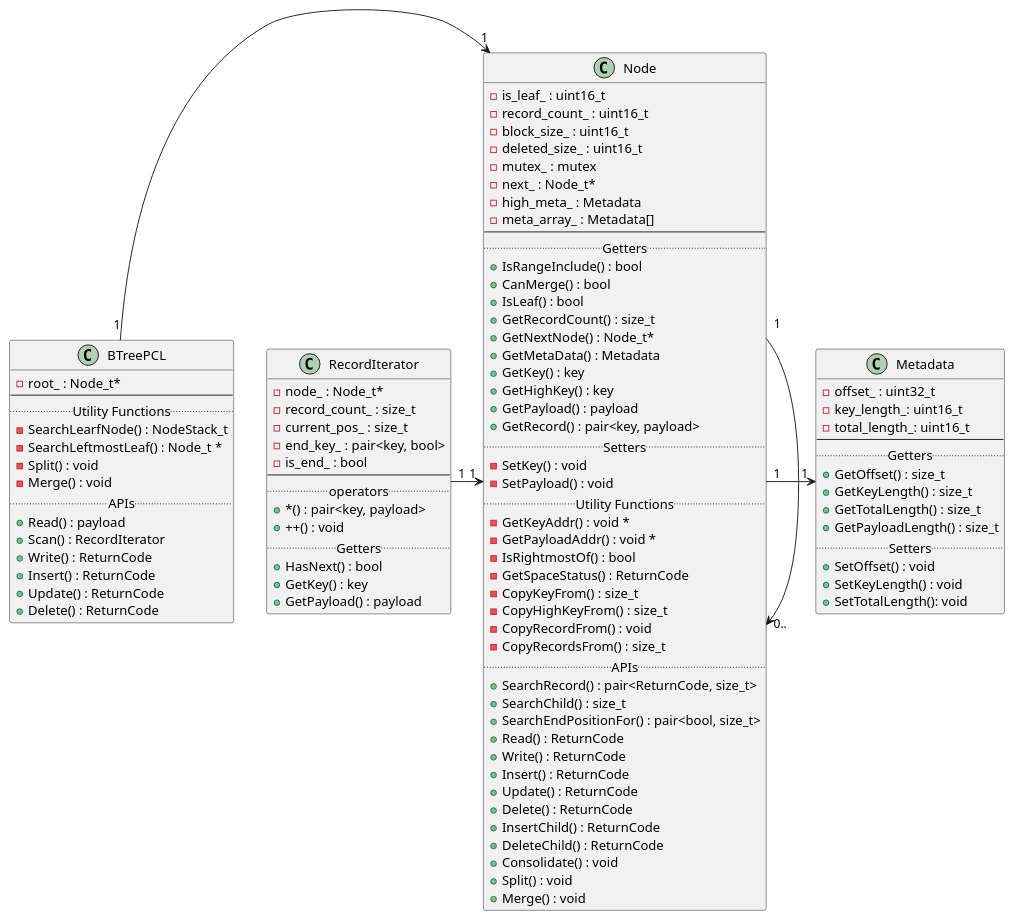
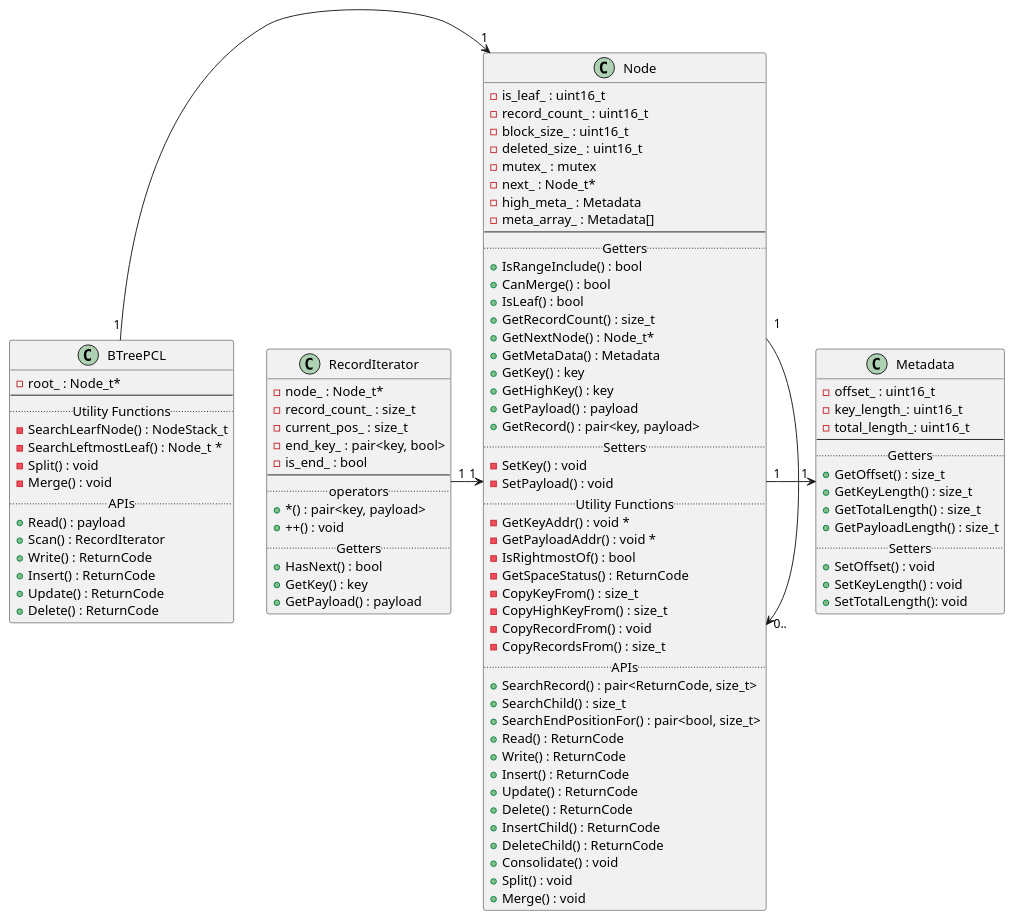
The diagram in design_doc/figures/src/b_tree_pcl_class.wsd (dbgroup-nagoya-u/b-tree), drawn with PlantUML before and after one commit.

Commit message:
modify uint32_t -> uint16_t

```diff
--- a/design_doc/figures/src/b_tree_pcl_class.wsd
+++ b/design_doc/figures/src/b_tree_pcl_class.wsd
@@ -1,106 +1,106 @@
 @startuml
 
 class BTreePCL{
   -root_ : Node_t*
 --
 .. Utility Functions ..
   -SearchLearfNode() : NodeStack_t
   -SearchLeftmostLeaf() : Node_t *
   -Split() : void
   -Merge() : void
 .. APIs ..
   +Read() : payload
   +Scan() : RecordIterator
   +Write() : ReturnCode
   +Insert() : ReturnCode
   +Update() : ReturnCode
   +Delete() : ReturnCode
 }
 
 class Node{
   -is_leaf_ : uint16_t
   -record_count_ : uint16_t
   -block_size_ : uint16_t
   -deleted_size_ : uint16_t
   -mutex_ : mutex
   -next_ : Node_t*
   -high_meta_ : Metadata
   -meta_array_ : Metadata[]
 --
 .. Getters ..
   +IsRangeInclude() : bool
   +CanMerge() : bool
   +IsLeaf() : bool
   +GetRecordCount() : size_t
   +GetNextNode() : Node_t*
   +GetMetaData() : Metadata
   +GetKey() : key
   +GetHighKey() : key
   +GetPayload() : payload
   +GetRecord() : pair<key, payload>
 .. Setters ..
   -SetKey() : void
   -SetPayload() : void
 .. Utility Functions ..
   -GetKeyAddr() : void *
   -GetPayloadAddr() : void *
   -IsRightmostOf() : bool
   -GetSpaceStatus() : ReturnCode
   -CopyKeyFrom() : size_t
   -CopyHighKeyFrom() : size_t
   -CopyRecordFrom() : void
   -CopyRecordsFrom() : size_t
 .. APIs ..
   +SearchRecord() : pair<ReturnCode, size_t>
   +SearchChild() : size_t
   +SearchEndPositionFor() : pair<bool, size_t>
   +Read() : ReturnCode
   +Write() : ReturnCode
   +Insert() : ReturnCode
   +Update() : ReturnCode
   +Delete() : ReturnCode
   +InsertChild() : ReturnCode
   +DeleteChild() : ReturnCode
   +Consolidate() : void
   +Split() : void
   +Merge() : void
 }
 
 class Metadata{
-  -offset_ : uint32_t
+  -offset_ : uint16_t
   -key_length_: uint16_t
   -total_length_: uint16_t
 --
 .. Getters ..
   +GetOffset() : size_t
   +GetKeyLength() : size_t
   +GetTotalLength() : size_t
   +GetPayloadLength() : size_t
 .. Setters ..
   +SetOffset() : void
   +SetKeyLength() : void
   +SetTotalLength(): void
 }
 
 class RecordIterator{
   -node_ : Node_t*
   -record_count_ : size_t
   -current_pos_ : size_t
   -end_key_ : pair<key, bool>
   -is_end_ : bool
 --
 .. operators ..
   + *() : pair<key, payload>
   + ++() : void
 .. Getters ..
   +HasNext() : bool
   +GetKey() : key
   +GetPayload() : payload
 }
 
 BTreePCL "1" -> "1" Node
 Node "1" -> "1" Metadata
 Node "1" -> "0.." Node
 RecordIterator "1" -> "1" Node
 
 @enduml
```
